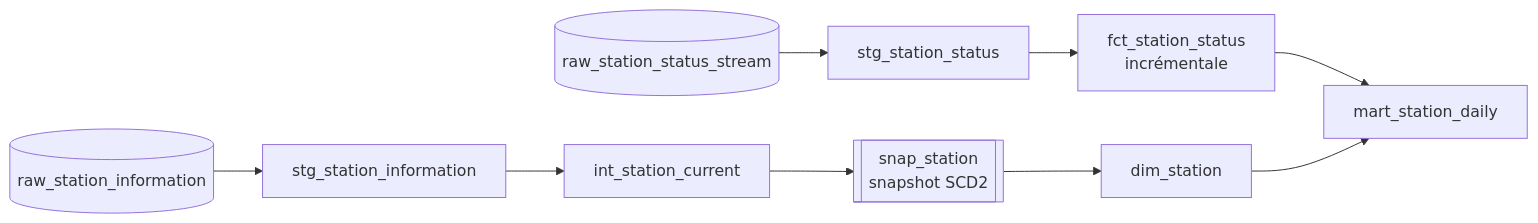
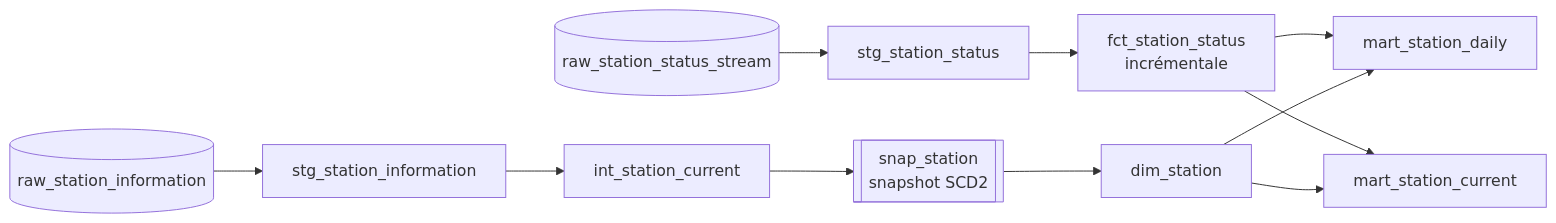
One commit to Tiffado/vlille-data-pipeline changed the diagram in docs/guide/05-dbt.md. Above: the diagram before and after it, drawn with Mermaid. The commit also changed other lines of this file and 6 other files, not shown here.

````diff
--- a/docs/guide/05-dbt.md
+++ b/docs/guide/05-dbt.md
@@ -19,11 +19,13 @@
 ```mermaid
 flowchart LR
     RS[(raw_station_status_stream)] --> SS[stg_station_status]
     RI[(raw_station_information)] --> SI[stg_station_information]
     SI --> IC[int_station_current]
     IC --> SNAP[[snap_station<br/>snapshot SCD2]]
     SNAP --> DIM[dim_station]
     SS --> FCT[fct_station_status<br/>incrémentale]
     FCT --> MART[mart_station_daily]
     DIM --> MART
+    FCT --> CUR[mart_station_current]
+    DIM --> CUR
 ```
````
